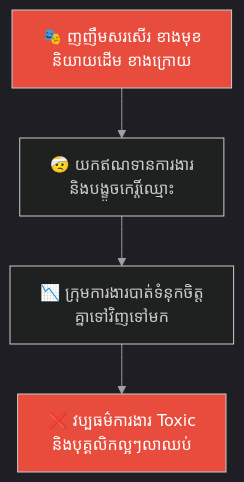
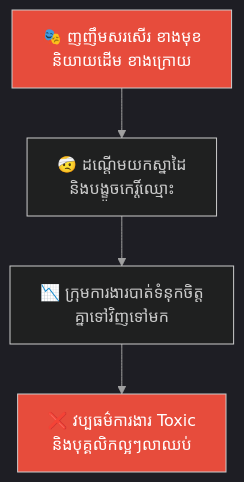
The third of 5 diagrams in feeds/concepts/parables/243-the-white-bone-demon-and-the-fiery-eyes.md (GuideStack/iblogger-feeds), drawn with Mermaid before and after one commit. The commit also changed other lines of this file and 1 other file, not shown here.

````diff
--- a/feeds/concepts/parables/243-the-white-bone-demon-and-the-fiery-eyes.md
+++ b/feeds/concepts/parables/243-the-white-bone-demon-and-the-fiery-eyes.md
@@ -154,18 +154,18 @@
 ```mermaid
 %%{init: {
   'theme': 'dark',
   'themeVariables': {
     'background': '#1e1e1e',
     'primaryTextColor': '#ffffff',
     'lineColor': '#a0a0a0'
   },
   'themeCSS': 'svg { background-color: #1e1e1e !important; padding: 1rem !important; border-radius: 8px !important; } .edgeLabel rect { fill: #1e1e1e !important; } text, tspan { fill: #ffffff !important; }'
 }}%%
 graph TD
-    A["🎭 ញញឹមសរសើរ ខាងមុខ<br/>និយាយដើម ខាងក្រោយ"] --> B["🤕 យកឥណទានការងារ<br/>និងបង្ខូចកេរ្តិ៍ឈ្មោះ"]
+    A["🎭 ញញឹមសរសើរ ខាងមុខ<br/>និយាយដើម ខាងក្រោយ"] --> B["🤕 ដណ្តើមយកស្នាដៃ<br/>និងបង្ខូចកេរ្តិ៍ឈ្មោះ"]
     B --> C["📉 ក្រុមការងារបាត់ទំនុកចិត្ត<br/>គ្នាទៅវិញទៅមក"]
     C --> D["❌ វប្បធម៌ការងារ Toxic<br/>និងបុគ្គលិកល្អៗលាឈប់"]
 
     style A fill:#e74c3c,color:#fff
     style D fill:#e74c3c,color:#fff
 ```
````
